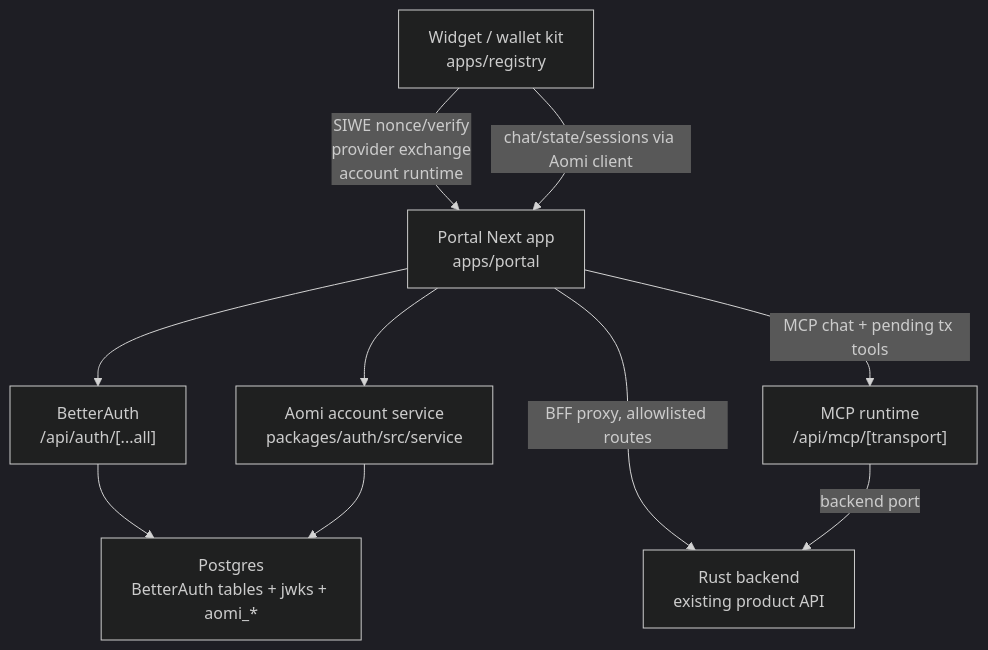
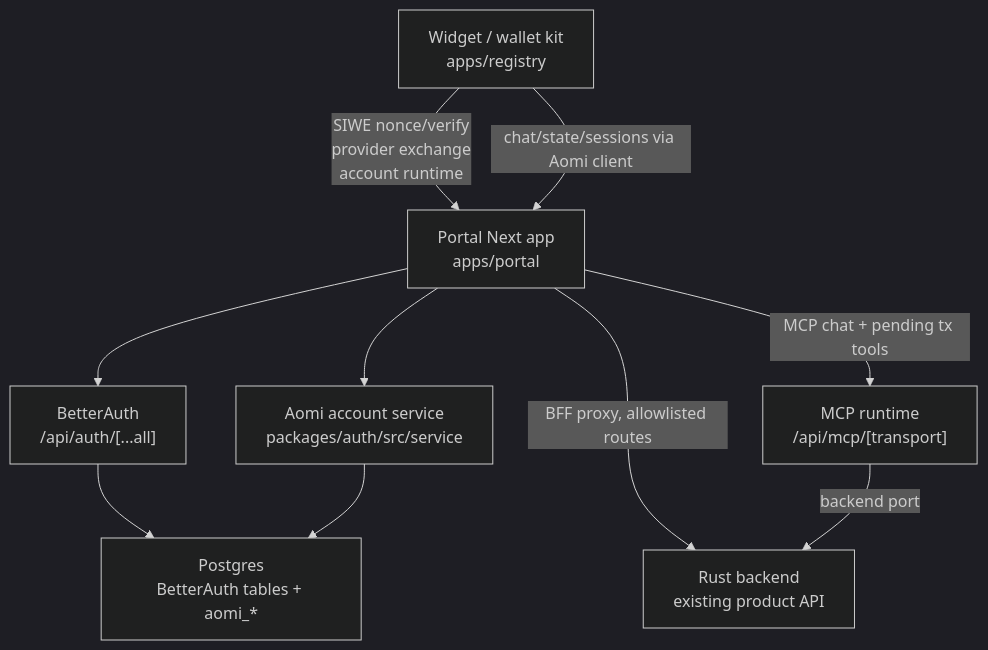
The second of 8 diagrams in specs/WIDGET-AUTH-PLAN.md (aomi-labs/aomi-widget), drawn with Mermaid (dark theme) before and after one commit. The commit also changed other lines of this file and 16 other files, not shown here.

````diff
--- a/specs/WIDGET-AUTH-PLAN.md
+++ b/specs/WIDGET-AUTH-PLAN.md
@@ -185,20 +183,20 @@
 ```mermaid
 flowchart TD
   Widget["Widget / wallet kit<br/>apps/registry"]
   Portal["Portal Next app<br/>apps/portal"]
   Better["BetterAuth<br/>/api/auth/[...all]"]
   Account["Aomi account service<br/>packages/auth/src/service"]
-  DB["Postgres<br/>BetterAuth tables + jwks + aomi_*"]
+  DB["Postgres<br/>BetterAuth tables + aomi_*"]
   Rust["Rust backend<br/>existing product API"]
   MCP["MCP runtime<br/>/api/mcp/[transport]"]
 
   Widget -->|"SIWE nonce/verify<br/>provider exchange<br/>account runtime"| Portal
   Portal --> Better
   Portal --> Account
   Better --> DB
   Account --> DB
   Widget -->|"chat/state/sessions via Aomi client"| Portal
   Portal -->|"BFF proxy, allowlisted routes"| Rust
   Portal -->|"MCP chat + pending tx tools"| MCP
   MCP -->|"backend port"| Rust
 ```
````
